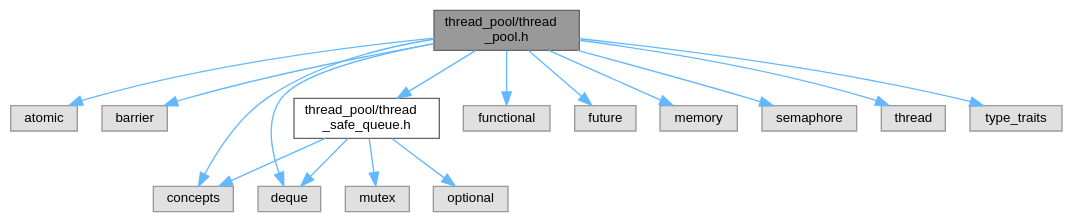
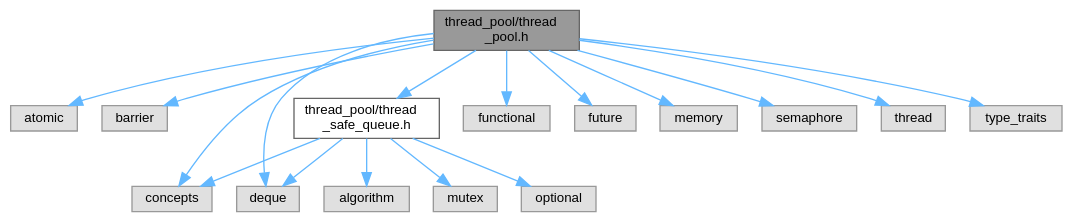
Before and after one commit to DeveloperPaul123/thread-pool: the diagram in d1/db4/thread__pool_8h__incl.dot, drawn with Graphviz. The commit also changed 72 other files, not shown here.

```diff
--- a/d1/db4/thread__pool_8h__incl.dot
+++ b/d1/db4/thread__pool_8h__incl.dot
@@ -1,36 +1,38 @@
 digraph "thread_pool/thread_pool.h"
 {
  // LATEX_PDF_SIZE
   bgcolor="transparent";
   edge [fontname=Helvetica,fontsize=10,labelfontname=Helvetica,labelfontsize=10];
   node [fontname=Helvetica,fontsize=10,shape=box,height=0.2,width=0.4];
-  Node1 [label="thread_pool/thread\l_pool.h",height=0.2,width=0.4,color="gray40", fillcolor="grey60", style="filled", fontcolor="black",tooltip=" "];
-  Node1 -> Node2 [color="steelblue1",style="solid"];
-  Node2 [label="atomic",height=0.2,width=0.4,color="grey60", fillcolor="#E0E0E0", style="filled",tooltip=" "];
-  Node1 -> Node3 [color="steelblue1",style="solid"];
-  Node3 [label="barrier",height=0.2,width=0.4,color="grey60", fillcolor="#E0E0E0", style="filled",tooltip=" "];
-  Node1 -> Node4 [color="steelblue1",style="solid"];
-  Node4 [label="concepts",height=0.2,width=0.4,color="grey60", fillcolor="#E0E0E0", style="filled",tooltip=" "];
-  Node1 -> Node5 [color="steelblue1",style="solid"];
-  Node5 [label="deque",height=0.2,width=0.4,color="grey60", fillcolor="#E0E0E0", style="filled",tooltip=" "];
-  Node1 -> Node6 [color="steelblue1",style="solid"];
-  Node6 [label="functional",height=0.2,width=0.4,color="grey60", fillcolor="#E0E0E0", style="filled",tooltip=" "];
-  Node1 -> Node7 [color="steelblue1",style="solid"];
-  Node7 [label="future",height=0.2,width=0.4,color="grey60", fillcolor="#E0E0E0", style="filled",tooltip=" "];
-  Node1 -> Node8 [color="steelblue1",style="solid"];
-  Node8 [label="memory",height=0.2,width=0.4,color="grey60", fillcolor="#E0E0E0", style="filled",tooltip=" "];
-  Node1 -> Node9 [color="steelblue1",style="solid"];
-  Node9 [label="semaphore",height=0.2,width=0.4,color="grey60", fillcolor="#E0E0E0", style="filled",tooltip=" "];
-  Node1 -> Node10 [color="steelblue1",style="solid"];
-  Node10 [label="thread",height=0.2,width=0.4,color="grey60", fillcolor="#E0E0E0", style="filled",tooltip=" "];
-  Node1 -> Node11 [color="steelblue1",style="solid"];
-  Node11 [label="type_traits",height=0.2,width=0.4,color="grey60", fillcolor="#E0E0E0", style="filled",tooltip=" "];
-  Node1 -> Node12 [color="steelblue1",style="solid"];
-  Node12 [label="thread_pool/thread\l_safe_queue.h",height=0.2,width=0.4,color="grey40", fillcolor="white", style="filled",URL="$dd/df9/thread__safe__queue_8h.html",tooltip=" "];
-  Node12 -> Node4 [color="steelblue1",style="solid"];
-  Node12 -> Node5 [color="steelblue1",style="solid"];
-  Node12 -> Node13 [color="steelblue1",style="solid"];
-  Node13 [label="mutex",height=0.2,width=0.4,color="grey60", fillcolor="#E0E0E0", style="filled",tooltip=" "];
-  Node12 -> Node14 [color="steelblue1",style="solid"];
-  Node14 [label="optional",height=0.2,width=0.4,color="grey60", fillcolor="#E0E0E0", style="filled",tooltip=" "];
+  Node1 [id="Node000001",label="thread_pool/thread\l_pool.h",height=0.2,width=0.4,color="gray40", fillcolor="grey60", style="filled", fontcolor="black",tooltip=" "];
+  Node1 -> Node2 [id="edge1_Node000001_Node000002",color="steelblue1",style="solid",tooltip=" "];
+  Node2 [id="Node000002",label="atomic",height=0.2,width=0.4,color="grey60", fillcolor="#E0E0E0", style="filled",tooltip=" "];
+  Node1 -> Node3 [id="edge2_Node000001_Node000003",color="steelblue1",style="solid",tooltip=" "];
+  Node3 [id="Node000003",label="barrier",height=0.2,width=0.4,color="grey60", fillcolor="#E0E0E0", style="filled",tooltip=" "];
+  Node1 -> Node4 [id="edge3_Node000001_Node000004",color="steelblue1",style="solid",tooltip=" "];
+  Node4 [id="Node000004",label="concepts",height=0.2,width=0.4,color="grey60", fillcolor="#E0E0E0", style="filled",tooltip=" "];
+  Node1 -> Node5 [id="edge4_Node000001_Node000005",color="steelblue1",style="solid",tooltip=" "];
+  Node5 [id="Node000005",label="deque",height=0.2,width=0.4,color="grey60", fillcolor="#E0E0E0", style="filled",tooltip=" "];
+  Node1 -> Node6 [id="edge5_Node000001_Node000006",color="steelblue1",style="solid",tooltip=" "];
+  Node6 [id="Node000006",label="functional",height=0.2,width=0.4,color="grey60", fillcolor="#E0E0E0", style="filled",tooltip=" "];
+  Node1 -> Node7 [id="edge6_Node000001_Node000007",color="steelblue1",style="solid",tooltip=" "];
+  Node7 [id="Node000007",label="future",height=0.2,width=0.4,color="grey60", fillcolor="#E0E0E0", style="filled",tooltip=" "];
+  Node1 -> Node8 [id="edge7_Node000001_Node000008",color="steelblue1",style="solid",tooltip=" "];
+  Node8 [id="Node000008",label="memory",height=0.2,width=0.4,color="grey60", fillcolor="#E0E0E0", style="filled",tooltip=" "];
+  Node1 -> Node9 [id="edge8_Node000001_Node000009",color="steelblue1",style="solid",tooltip=" "];
+  Node9 [id="Node000009",label="semaphore",height=0.2,width=0.4,color="grey60", fillcolor="#E0E0E0", style="filled",tooltip=" "];
+  Node1 -> Node10 [id="edge9_Node000001_Node000010",color="steelblue1",style="solid",tooltip=" "];
+  Node10 [id="Node000010",label="thread",height=0.2,width=0.4,color="grey60", fillcolor="#E0E0E0", style="filled",tooltip=" "];
+  Node1 -> Node11 [id="edge10_Node000001_Node000011",color="steelblue1",style="solid",tooltip=" "];
+  Node11 [id="Node000011",label="type_traits",height=0.2,width=0.4,color="grey60", fillcolor="#E0E0E0", style="filled",tooltip=" "];
+  Node1 -> Node12 [id="edge11_Node000001_Node000012",color="steelblue1",style="solid",tooltip=" "];
+  Node12 [id="Node000012",label="thread_pool/thread\l_safe_queue.h",height=0.2,width=0.4,color="grey40", fillcolor="white", style="filled",URL="$dd/df9/thread__safe__queue_8h.html",tooltip=" "];
+  Node12 -> Node13 [id="edge12_Node000012_Node000013",color="steelblue1",style="solid",tooltip=" "];
+  Node13 [id="Node000013",label="algorithm",height=0.2,width=0.4,color="grey60", fillcolor="#E0E0E0", style="filled",tooltip=" "];
+  Node12 -> Node4 [id="edge13_Node000012_Node000004",color="steelblue1",style="solid",tooltip=" "];
+  Node12 -> Node5 [id="edge14_Node000012_Node000005",color="steelblue1",style="solid",tooltip=" "];
+  Node12 -> Node14 [id="edge15_Node000012_Node000014",color="steelblue1",style="solid",tooltip=" "];
+  Node14 [id="Node000014",label="mutex",height=0.2,width=0.4,color="grey60", fillcolor="#E0E0E0", style="filled",tooltip=" "];
+  Node12 -> Node15 [id="edge16_Node000012_Node000015",color="steelblue1",style="solid",tooltip=" "];
+  Node15 [id="Node000015",label="optional",height=0.2,width=0.4,color="grey60", fillcolor="#E0E0E0", style="filled",tooltip=" "];
 }
```
